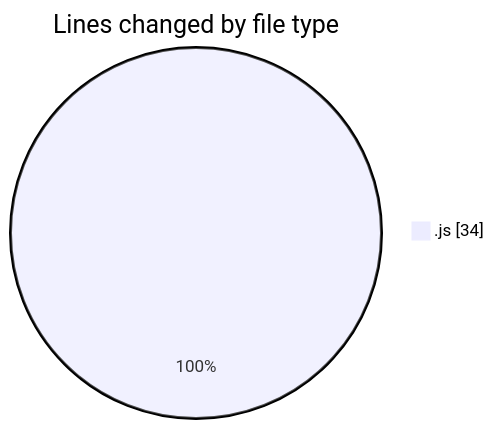
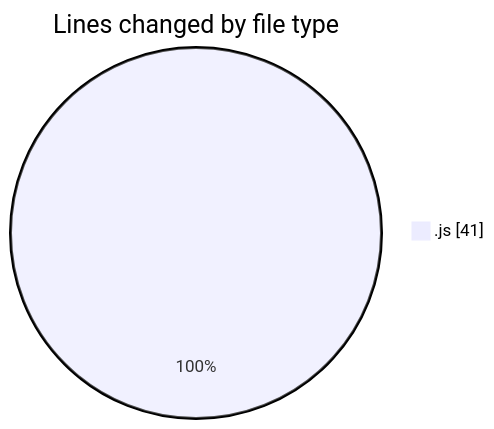
The first of 2 diagrams in 2025-10-31/javacript/README.md (nxtqubesakshisongat/code-tracking), drawn with Mermaid before and after one commit. The commit also changed other lines of this file and 1 other file, not shown here.

````diff
--- a/2025-10-31/javacript/README.md
+++ b/2025-10-31/javacript/README.md
@@ -20,5 +20,5 @@
 ```mermaid
 pie showData
 title Lines changed by file type
-".js" : 34
+".js" : 41
 ```
````
